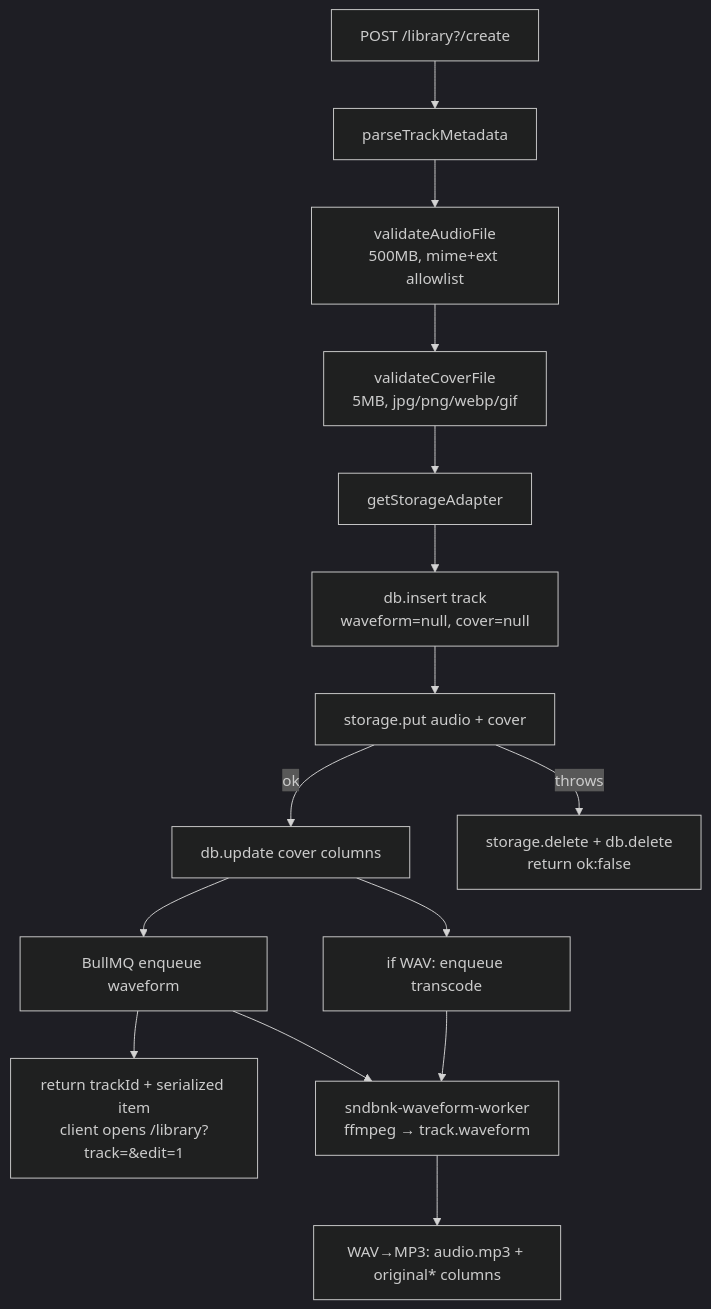
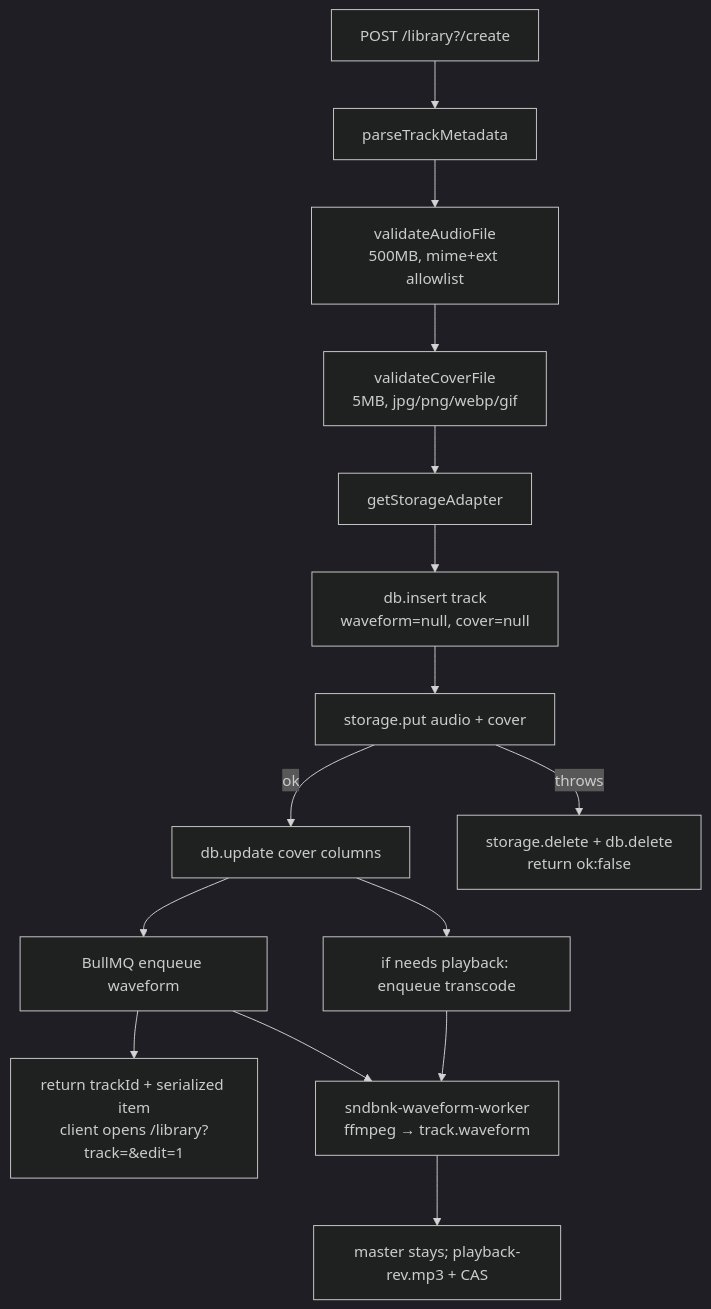
Before and after one commit to spreadsheetsusa/sndbnk: the diagram in docs/media-and-storage.md, drawn with Mermaid (dark theme). The commit also changed other lines of this file and 26 other files, not shown here.

First line of the commit message:
feat: immutable master and 320k playback derivatives (#105)

````diff
--- a/docs/media-and-storage.md
+++ b/docs/media-and-storage.md
@@ -117,17 +122,17 @@
 ```mermaid
 flowchart TD
   form["POST /library?/create"] --> meta["parseTrackMetadata"]
   meta --> audio["validateAudioFile<br/>500MB, mime+ext allowlist"]
   audio --> cover["validateCoverFile<br/>5MB, jpg/png/webp/gif"]
   cover --> resolve["getStorageAdapter"]
   resolve --> insert["db.insert track<br/>waveform=null, cover=null"]
   insert --> put["storage.put audio + cover"]
   put -->|ok| coverCols["db.update cover columns"]
   coverCols --> enqueue["BullMQ enqueue waveform"]
-  coverCols --> xcode["if WAV: enqueue transcode"]
+  coverCols --> xcode["if needs playback: enqueue transcode"]
   enqueue --> done["return trackId + serialized item<br/>client opens /library?track=&edit=1"]
   put -->|throws| rollback["storage.delete + db.delete<br/>return ok:false"]
   enqueue --> worker["sndbnk-waveform-worker<br/>ffmpeg → track.waveform"]
   xcode --> worker
-  worker --> mp3["WAV→MP3: audio.mp3 + original* columns"]
+  worker --> mp3["master stays; playback-rev.mp3 + CAS"]
 ```
````
